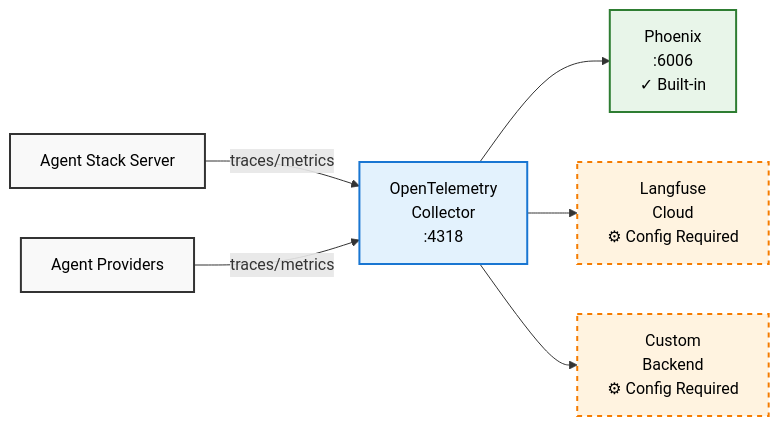
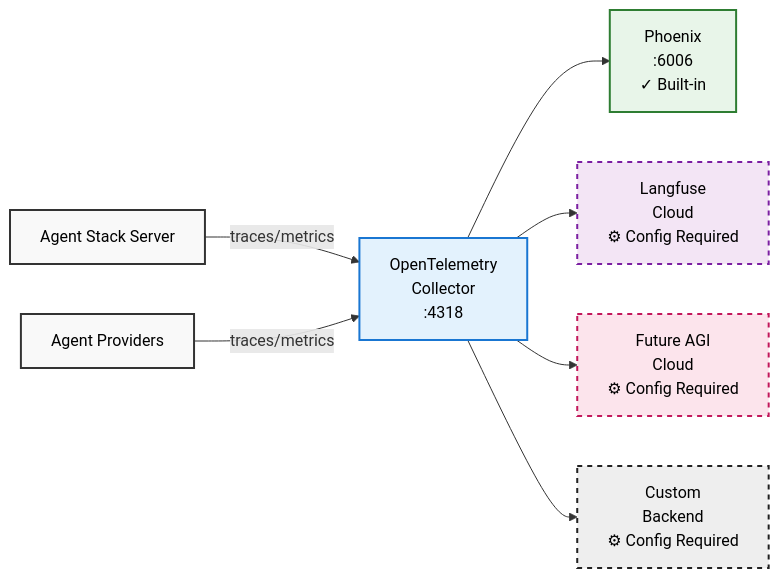
One commit to i-am-bee/agentstack changed the diagram in docs/stable/agent-integration/observability.mdx. Above: the diagram before and after it, drawn with Mermaid. The commit also changed other lines of this file and 1 other file, not shown here.

First line of the commit message:
docs(observability): add Future AGI as a supported OTLP backend

````diff
--- a/docs/stable/agent-integration/observability.mdx
+++ b/docs/stable/agent-integration/observability.mdx
@@ -9,33 +9,39 @@
 ```mermaid
 graph LR
     %% Sources
     AgentStack[Agent Stack Server] 
     Agent[Agent Providers]
     
     %% Collector
     OTLP[OpenTelemetry<br/>Collector<br/>:4318]
     
     %% Destinations
     Phoenix[Phoenix<br/>:6006<br/>✓ Built-in]
     Langfuse[Langfuse<br/>Cloud<br/>⚙ Config Required]
+    FutureAGI[Future AGI<br/>Cloud<br/>⚙ Config Required]
     Custom[Custom<br/>Backend<br/>⚙ Config Required]
     
     %% Data flows
     AgentStack -->|traces/metrics| OTLP
     Agent -->|traces/metrics| OTLP
     
     OTLP --> Phoenix
     OTLP --> Langfuse
+    OTLP --> FutureAGI
     OTLP --> Custom
     
     %% Simple styling
     classDef default fill:#f9f9f9,stroke:#333,stroke-width:2px,color:#000
     classDef collector fill:#e3f2fd,stroke:#1976d2,stroke-width:2px,color:#000
     classDef builtin fill:#e8f5e9,stroke:#2e7d32,stroke-width:2px,color:#000
-    classDef optional fill:#fff3e0,stroke:#f57c00,stroke-width:2px,stroke-dasharray: 5 5,color:#000
+    classDef langfuse fill:#f3e5f5,stroke:#7b1fa2,stroke-width:2px,stroke-dasharray: 5 5,color:#000
+    classDef futureagi fill:#fce4ec,stroke:#c2185b,stroke-width:2px,stroke-dasharray: 5 5,color:#000
+    classDef custom fill:#eeeeee,stroke:#212121,stroke-width:2px,stroke-dasharray: 5 5,color:#000
 
     
     class OTLP collector
     class Phoenix builtin
-    class Langfuse,Custom optional
+    class Langfuse langfuse
+    class FutureAGI futureagi
+    class Custom custom
 ```
````
